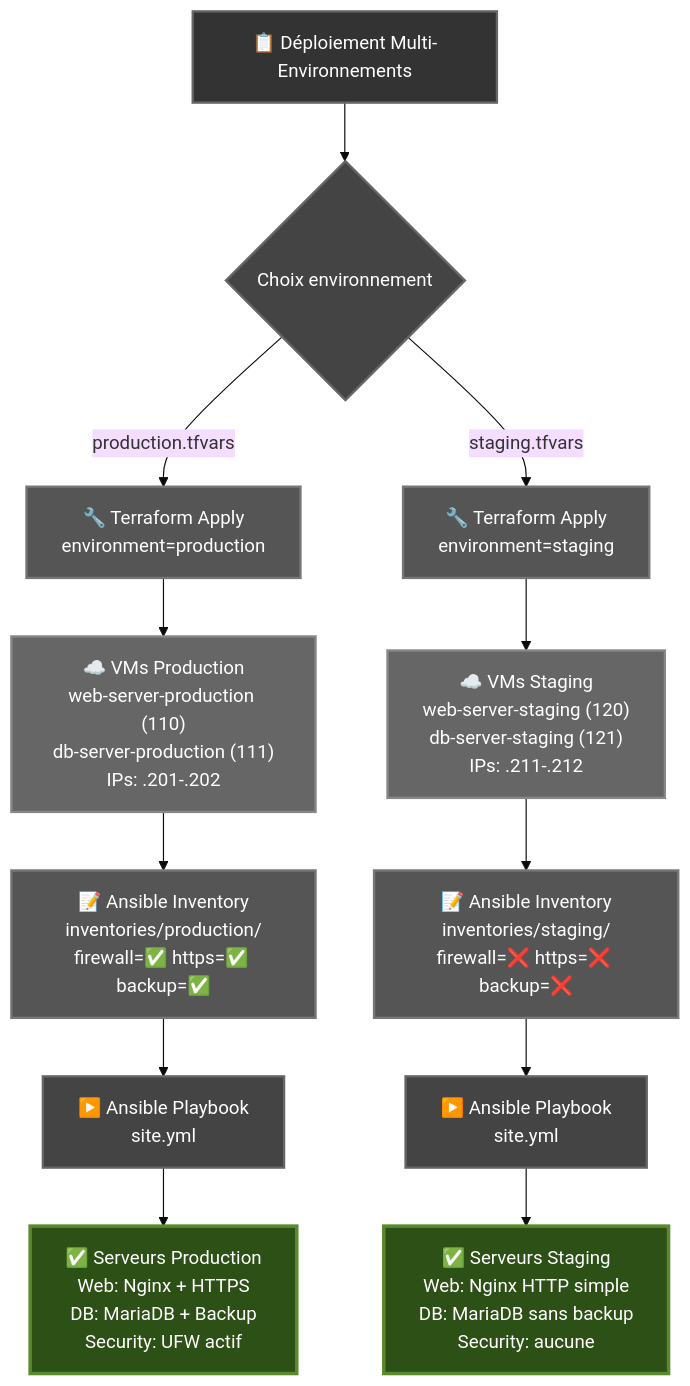
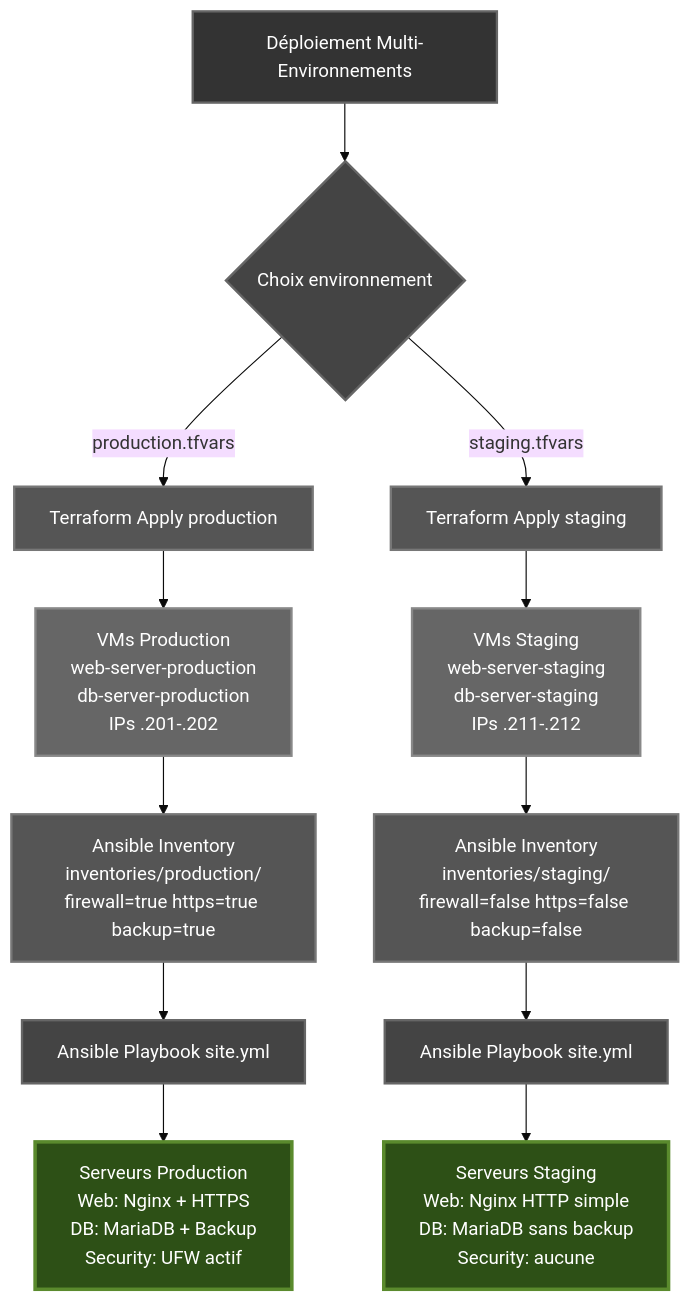
Before and after one commit to Scrizik/Ansible_Terraform_VMWP: the diagram in README.md, drawn with Mermaid (base theme).

Commit message:
Fix: Correction README.MD

````diff
--- a/README.md
+++ b/README.md
@@ -134,34 +134,34 @@
 ```mermaid
 flowchart TD
-    Start["📋 Déploiement Multi-Environnements"]
+    Start[Déploiement Multi-Environnements]
     
-    Start --> TFVars{"Choix environnement"}
+    Start --> TFVars{Choix environnement}
     
-    TFVars -->|production.tfvars| ProdTF["🔧 Terraform Apply<br/>environment=production"]
-    TFVars -->|staging.tfvars| StageTF["🔧 Terraform Apply<br/>environment=staging"]
+    TFVars -->|production.tfvars| ProdTF[Terraform Apply production]
+    TFVars -->|staging.tfvars| StageTF[Terraform Apply staging]
     
-    ProdTF --> ProdVMs["☁️ VMs Production<br/>web-server-production (110)<br/>db-server-production (111)<br/>IPs: .201-.202"]
-    StageTF --> StageVMs["☁️ VMs Staging<br/>web-server-staging (120)<br/>db-server-staging (121)<br/>IPs: .211-.212"]
+    ProdTF --> ProdVMs[VMs Production<br/>web-server-production<br/>db-server-production<br/>IPs .201-.202]
+    StageTF --> StageVMs[VMs Staging<br/>web-server-staging<br/>db-server-staging<br/>IPs .211-.212]
     
-    ProdVMs --> ProdInv["📝 Ansible Inventory<br/>inventories/production/<br/>firewall=✅ https=✅ backup=✅"]
-    StageVMs --> StageInv["📝 Ansible Inventory<br/>inventories/staging/<br/>firewall=❌ https=❌ backup=❌"]
+    ProdVMs --> ProdInv[Ansible Inventory<br/>inventories/production/<br/>firewall=true https=true backup=true]
+    StageVMs --> StageInv[Ansible Inventory<br/>inventories/staging/<br/>firewall=false https=false backup=false]
     
-    ProdInv --> ProdPlay["▶️ Ansible Playbook<br/>site.yml"]
-    StageInv --> StagePlay["▶️ Ansible Playbook<br/>site.yml"]
+    ProdInv --> ProdPlay[Ansible Playbook site.yml]
+    StageInv --> StagePlay[Ansible Playbook site.yml]
     
-    ProdPlay --> ProdFinal["✅ Serveurs Production<br/>Web: Nginx + HTTPS<br/>DB: MariaDB + Backup<br/>Security: UFW actif"]
-    StagePlay --> StageFinal["✅ Serveurs Staging<br/>Web: Nginx HTTP simple<br/>DB: MariaDB sans backup<br/>Security: aucune"]
+    ProdPlay --> ProdFinal[Serveurs Production<br/>Web: Nginx + HTTPS<br/>DB: MariaDB + Backup<br/>Security: UFW actif]
+    StagePlay --> StageFinal[Serveurs Staging<br/>Web: Nginx HTTP simple<br/>DB: MariaDB sans backup<br/>Security: aucune]
     
     style Start fill:#333,stroke:#666,color:#fff,stroke-width:2px
     style TFVars fill:#444,stroke:#666,color:#fff,stroke-width:2px
     style ProdTF fill:#555,stroke:#777,color:#fff,stroke-width:2px
     style StageTF fill:#555,stroke:#777,color:#fff,stroke-width:2px
     style ProdVMs fill:#666,stroke:#888,color:#fff,stroke-width:2px
     style StageVMs fill:#666,stroke:#888,color:#fff,stroke-width:2px
     style ProdInv fill:#555,stroke:#777,color:#fff,stroke-width:2px
     style StageInv fill:#555,stroke:#777,color:#fff,stroke-width:2px
     style ProdPlay fill:#444,stroke:#666,color:#fff,stroke-width:2px
     style StagePlay fill:#444,stroke:#666,color:#fff,stroke-width:2px
     style ProdFinal fill:#2d5016,stroke:#5a8a2d,color:#fff,stroke-width:3px
     style StageFinal fill:#2d5016,stroke:#5a8a2d,color:#fff,stroke-width:3px
 ```
````
